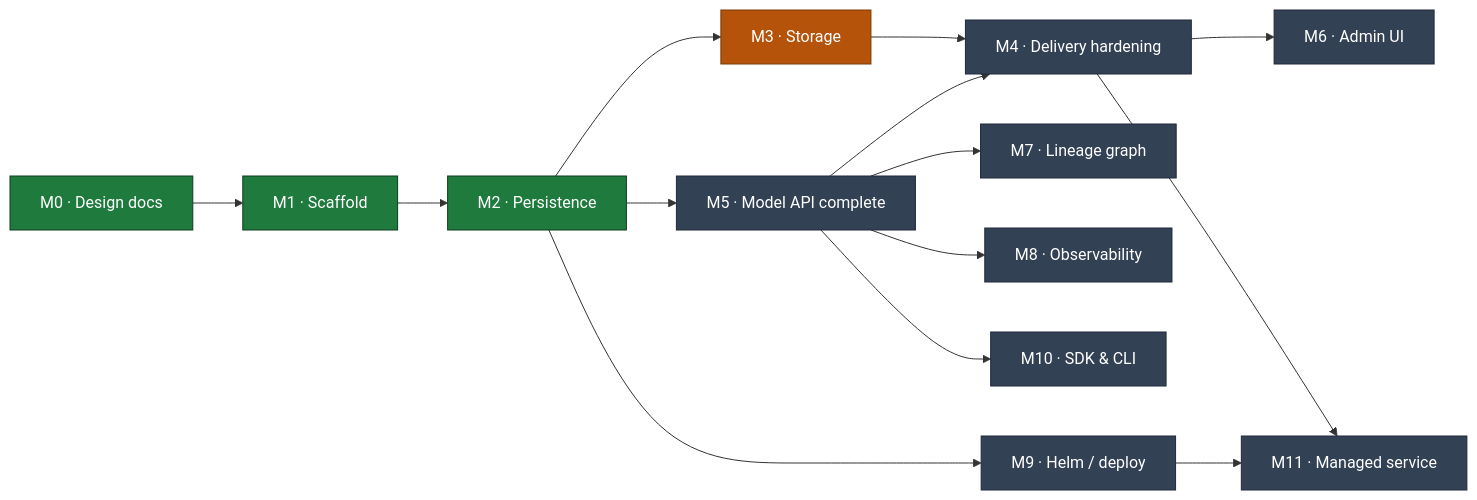
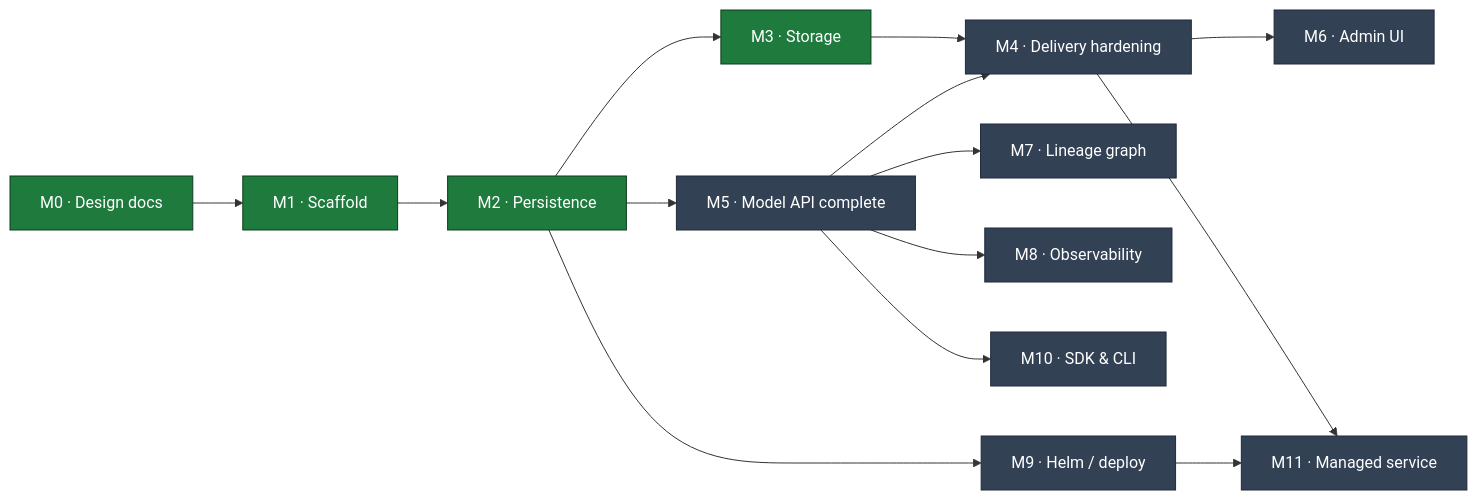
The diagram in MILESTONES.md (proseria-research/lineage), drawn with Mermaid before and after one commit. The commit also changed other lines of this file and 24 other files, not shown here.

First line of the commit message:
feat(M3): storage — S3 backend (SigV4), upload flow, multipart, GC

````diff
--- a/MILESTONES.md
+++ b/MILESTONES.md
@@ -11,23 +11,22 @@
 ```mermaid
 flowchart LR
     M0["M0 · Design docs"] --> M1["M1 · Scaffold"]
     M1 --> M2["M2 · Persistence"]
     M2 --> M3["M3 · Storage"]
     M2 --> M5["M5 · Model API complete"]
     M3 --> M4["M4 · Delivery hardening"]
     M5 --> M4
     M5 --> M7["M7 · Lineage graph"]
     M4 --> M6["M6 · Admin UI"]
     M5 --> M8["M8 · Observability"]
     M2 --> M9["M9 · Helm / deploy"]
     M5 --> M10["M10 · SDK & CLI"]
     M9 --> M11["M11 · Managed service"]
     M4 --> M11
 
     classDef done fill:#1f7a3d,stroke:#0d3d1e,color:#fff;
     classDef active fill:#b45309,stroke:#7c3a06,color:#fff;
     classDef todo fill:#334155,stroke:#1e293b,color:#fff;
-    class M0,M1,M2 done;
-    class M3 active;
+    class M0,M1,M2,M3 done;
     class M4,M5,M6,M7,M8,M9,M10,M11 todo;
 ```
````
